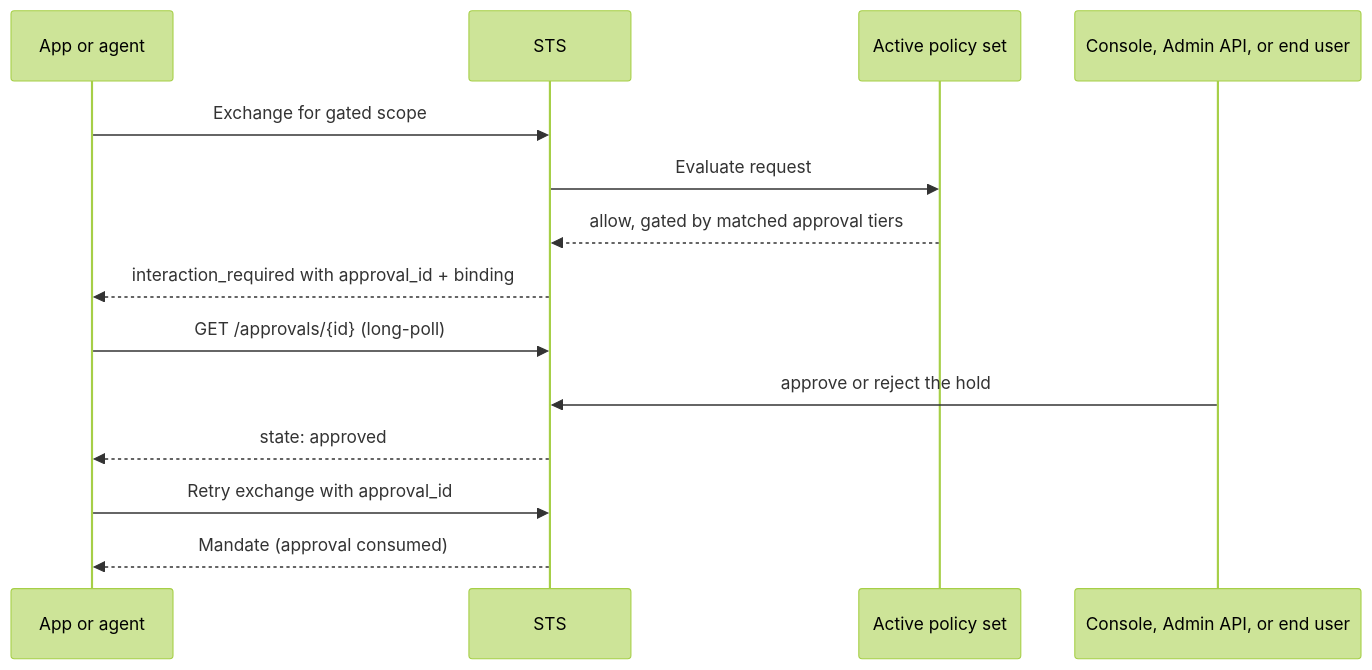
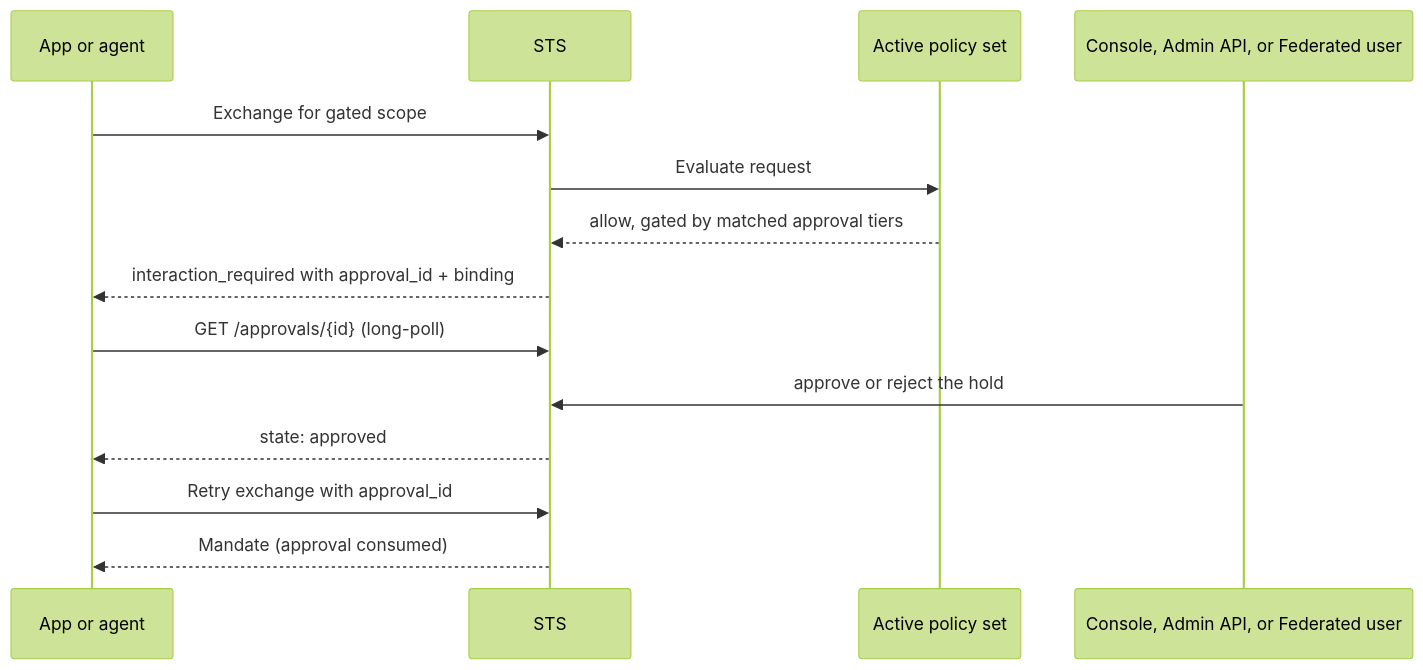
One commit to Garudex-Labs/caracal changed the diagram in docs/src/content/docs/concepts/approvals.mdx. Above: the diagram before and after it, drawn with Mermaid (forest theme). The commit also changed other lines of this file and 16 other files, not shown here.

First line of the commit message:
Enhance documentation to clarify Federated user concepts

````diff
--- a/docs/src/content/docs/concepts/approvals.mdx
+++ b/docs/src/content/docs/concepts/approvals.mdx
@@ -14,17 +14,17 @@
 ```mermaid
 sequenceDiagram
   participant App as App or agent
   participant STS as STS
   participant Policy as Active policy set
-  participant Approver as Console, Admin API, or end user
+  participant Approver as Console, Admin API, or Federated user
 
   App->>STS: Exchange for gated scope
   STS->>Policy: Evaluate request
   Policy-->>STS: allow, gated by matched approval tiers
   STS-->>App: interaction_required with approval_id + binding
   App->>STS: GET /approvals/{id} (long-poll)
   Approver->>STS: approve or reject the hold
   STS-->>App: state: approved
   App->>STS: Retry exchange with approval_id
   STS-->>App: Mandate (approval consumed)
 ```
````
